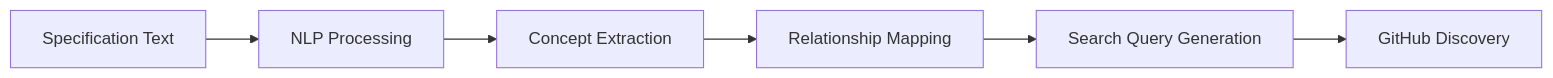
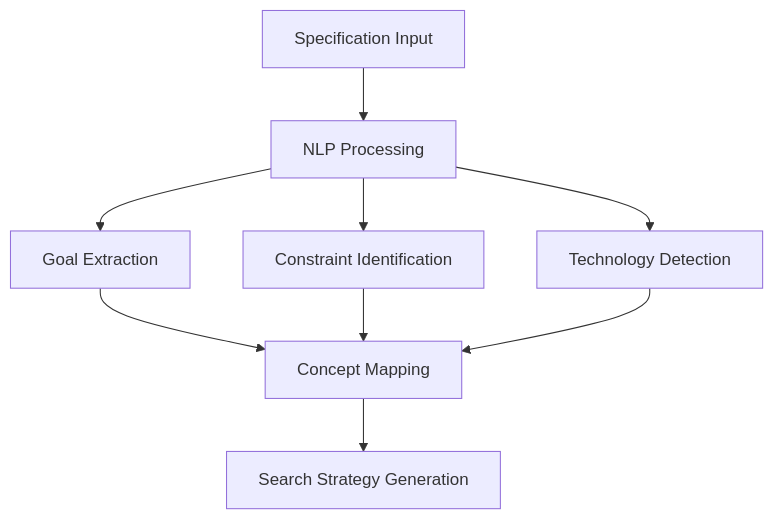
The diagram in deep_research.md (neoOpus/mcp-everything), drawn with Mermaid before and after one commit. The commit also changed other lines of this file and 3 other files, not shown here.

````diff
--- a/deep_research.md
+++ b/deep_research.md
@@ -20,8 +20,11 @@
 ```mermaid
-graph LR
-    A[Specification Text] --> B[NLP Processing]
-    B --> C[Concept Extraction]
-    C --> D[Relationship Mapping]
-    D --> E[Search Query Generation]
-    E --> F[GitHub Discovery]
+graph TD
+    A[Specification Input] --> B[NLP Processing]
+    B --> C[Goal Extraction]
+    B --> D[Constraint Identification]
+    B --> E[Technology Detection]
+    C --> F[Concept Mapping]
+    D --> F
+    E --> F
+    F --> G[Search Strategy Generation]
 ```
````
